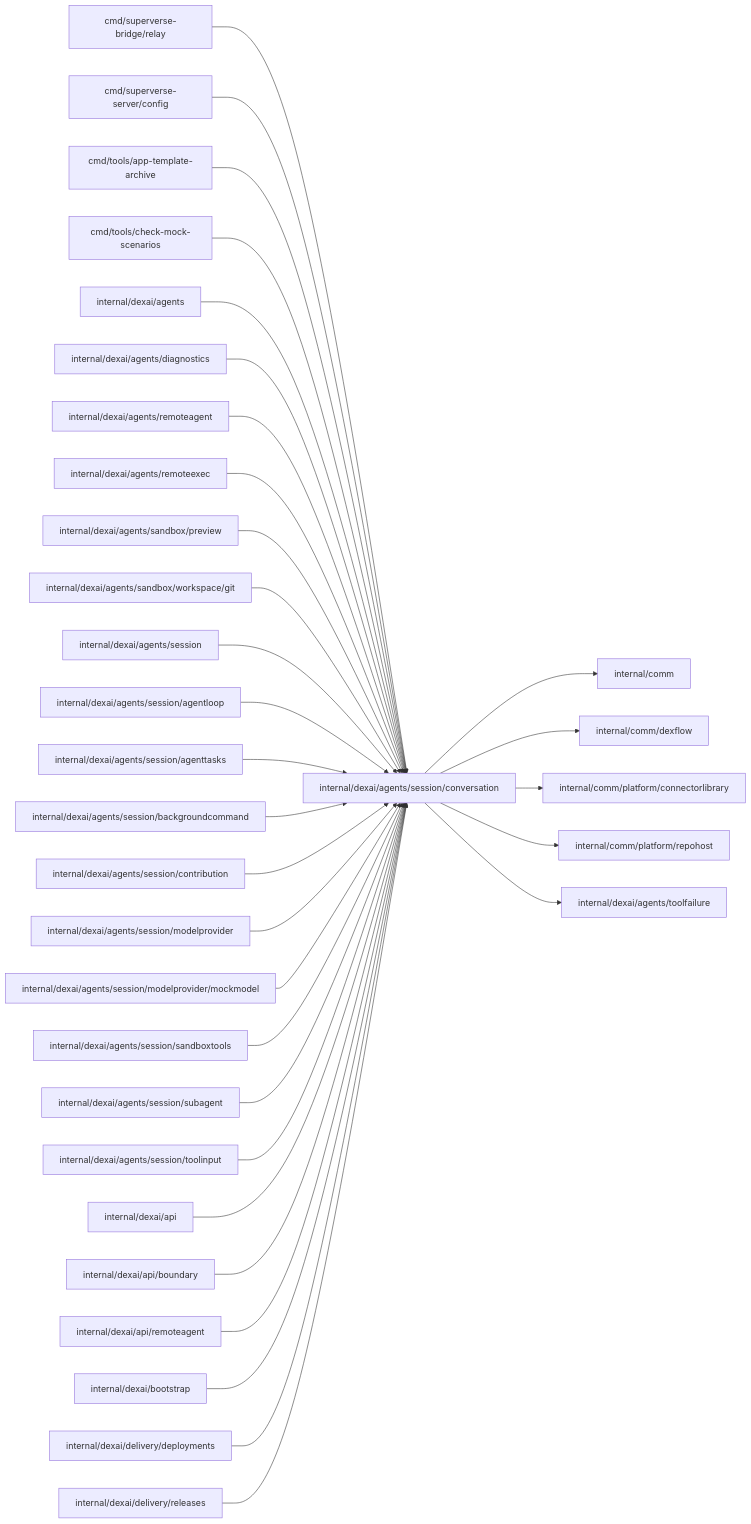
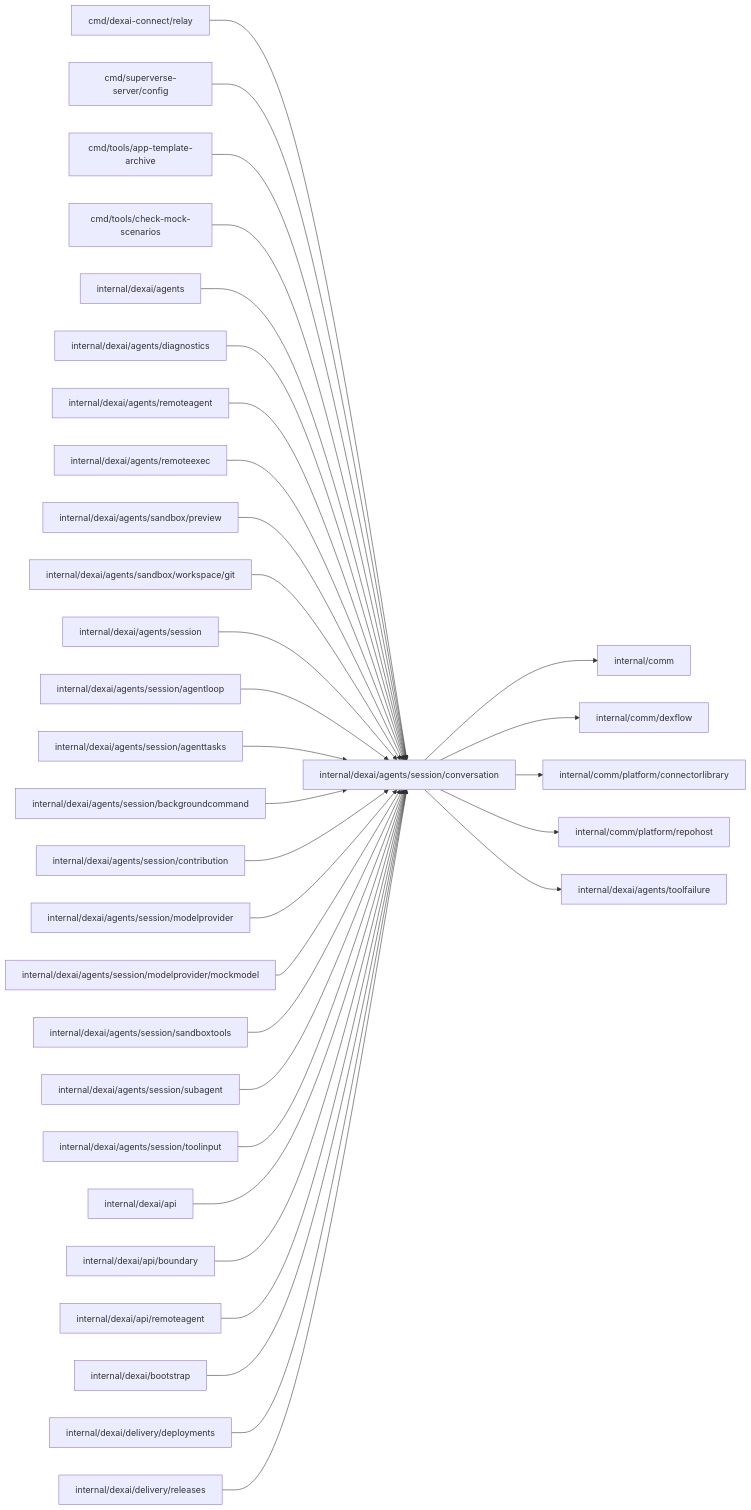
One commit to superdurable/superverse changed the diagram in internal/dexai/agents/session/conversation/README.md. Above: the diagram before and after it, drawn with Mermaid. The commit also changed other lines of this file and 83 other files, not shown here.

First line of the commit message:
DEXAICONNECT: Rename superverse-bridge to dexai-connect and package it for Homebrew

````diff
--- a/internal/dexai/agents/session/conversation/README.md
+++ b/internal/dexai/agents/session/conversation/README.md
@@ -10,35 +10,35 @@
 ```mermaid
 flowchart LR
   self["internal/dexai/agents/session/conversation"]
-  c0["cmd/superverse-bridge/relay"] --> self
+  c0["cmd/dexai-connect/relay"] --> self
   c1["cmd/superverse-server/config"] --> self
   c2["cmd/tools/app-template-archive"] --> self
   c3["cmd/tools/check-mock-scenarios"] --> self
   c4["internal/dexai/agents"] --> self
   c5["internal/dexai/agents/diagnostics"] --> self
   c6["internal/dexai/agents/remoteagent"] --> self
   c7["internal/dexai/agents/remoteexec"] --> self
   c8["internal/dexai/agents/sandbox/preview"] --> self
   c9["internal/dexai/agents/sandbox/workspace/git"] --> self
   c10["internal/dexai/agents/session"] --> self
   c11["internal/dexai/agents/session/agentloop"] --> self
   c12["internal/dexai/agents/session/agenttasks"] --> self
   c13["internal/dexai/agents/session/backgroundcommand"] --> self
   c14["internal/dexai/agents/session/contribution"] --> self
   c15["internal/dexai/agents/session/modelprovider"] --> self
   c16["internal/dexai/agents/session/modelprovider/mockmodel"] --> self
   c17["internal/dexai/agents/session/sandboxtools"] --> self
   c18["internal/dexai/agents/session/subagent"] --> self
   c19["internal/dexai/agents/session/toolinput"] --> self
   c20["internal/dexai/api"] --> self
   c21["internal/dexai/api/boundary"] --> self
   c22["internal/dexai/api/remoteagent"] --> self
   c23["internal/dexai/bootstrap"] --> self
   c24["internal/dexai/delivery/deployments"] --> self
   c25["internal/dexai/delivery/releases"] --> self
   self --> d0["internal/comm"]
   self --> d1["internal/comm/dexflow"]
   self --> d2["internal/comm/platform/connectorlibrary"]
   self --> d3["internal/comm/platform/repohost"]
   self --> d4["internal/dexai/agents/toolfailure"]
 ```
````
